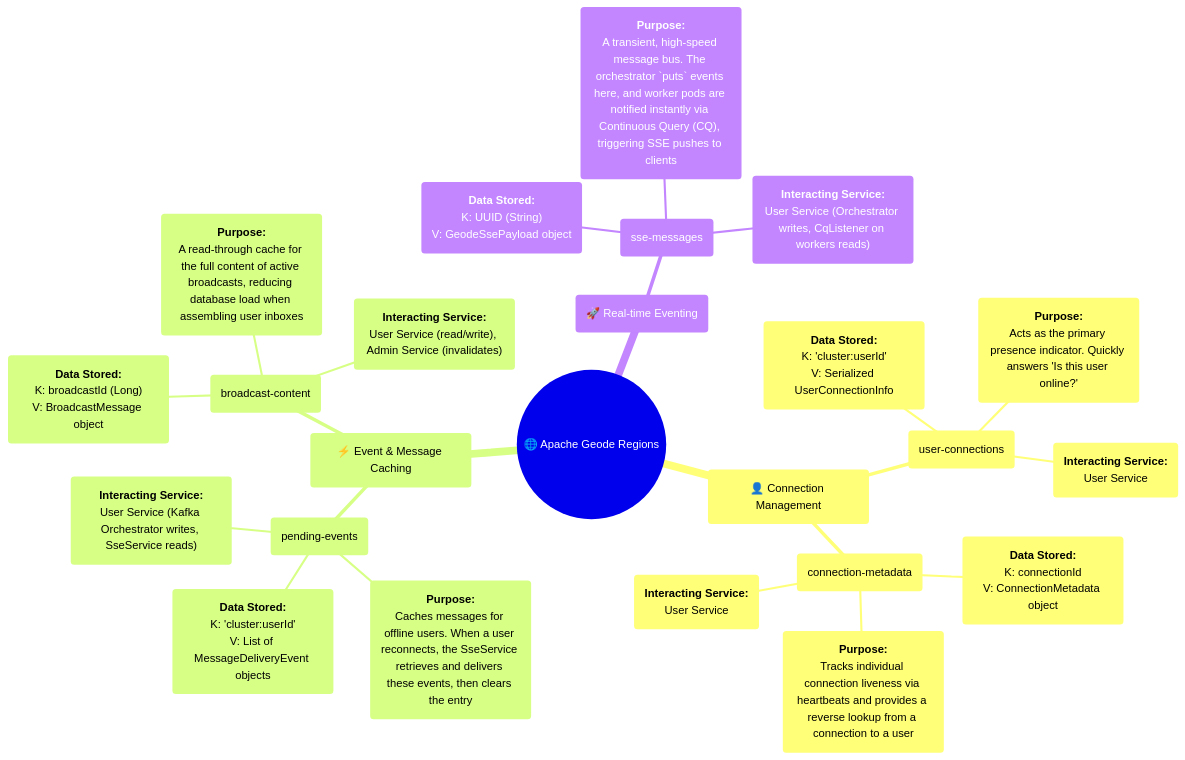
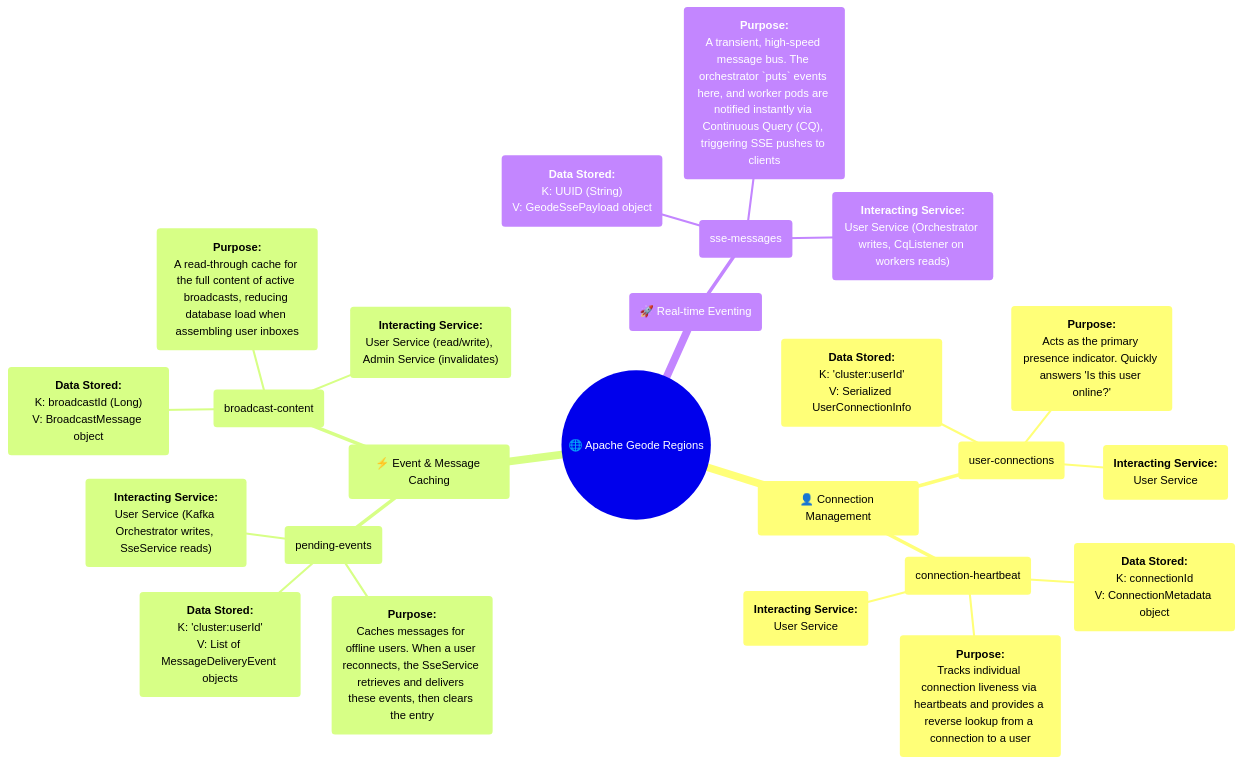
The diagram in MermaidDiagrams/mindmap-geode-regions.mmd (rsrini7/Notification-SSE-GLM-Flux), drawn with Mermaid before and after one commit. The commit also changed 8 other files, not shown here.

First line of the commit message:
refactor(geode): rename connection-metadata to connection-heartbeat for clarity

```diff
--- a/MermaidDiagrams/mindmap-geode-regions.mmd
+++ b/MermaidDiagrams/mindmap-geode-regions.mmd
@@ -1,30 +1,30 @@
 mindmap
   root(("🌐 Apache Geode Regions"))
     %% Connection & Presence Management
     ("👤 Connection Management")
       ("user-connections")
         ("<b>Data Stored:</b><br/>K: 'cluster:userId'<br/>V: Serialized UserConnectionInfo")
         ("<b>Purpose:</b><br/>Acts as the primary presence indicator. Quickly answers 'Is this user online?'")
         ("<b>Interacting Service:</b><br/>User Service")
-      ("connection-metadata")
+      ("connection-heartbeat")
         ("<b>Data Stored:</b><br/>K: connectionId<br/>V: ConnectionMetadata object")
         ("<b>Purpose:</b><br/>Tracks individual connection liveness via heartbeats and provides a reverse lookup from a connection to a user")
         ("<b>Interacting Service:</b><br/>User Service")
 
     %% Event & Message Caching
     ("⚡ Event & Message Caching")
       ("pending-events")
         ("<b>Data Stored:</b><br/>K: 'cluster:userId'<br/>V: List of MessageDeliveryEvent objects")
         ("<b>Purpose:</b><br/>Caches messages for offline users. When a user reconnects, the SseService retrieves and delivers these events, then clears the entry")
         ("<b>Interacting Service:</b><br/>User Service (Kafka Orchestrator writes, SseService reads)")
       ("broadcast-content")
         ("<b>Data Stored:</b><br/>K: broadcastId (Long)<br/>V: BroadcastMessage object")
         ("<b>Purpose:</b><br/>A read-through cache for the full content of active broadcasts, reducing database load when assembling user inboxes")
         ("<b>Interacting Service:</b><br/>User Service (read/write), Admin Service (invalidates)")
 
     %% Intra-Cluster Eventing
     ("🚀 Real-time Eventing")
       ("sse-messages")
         ("<b>Data Stored:</b><br/>K: UUID (String)<br/>V: GeodeSsePayload object")
         ("<b>Purpose:</b><br/>A transient, high-speed message bus. The orchestrator `puts` events here, and worker pods are notified instantly via Continuous Query (CQ), triggering SSE pushes to clients")
         ("<b>Interacting Service:</b><br/>User Service (Orchestrator writes, CqListener on workers reads)")
```
